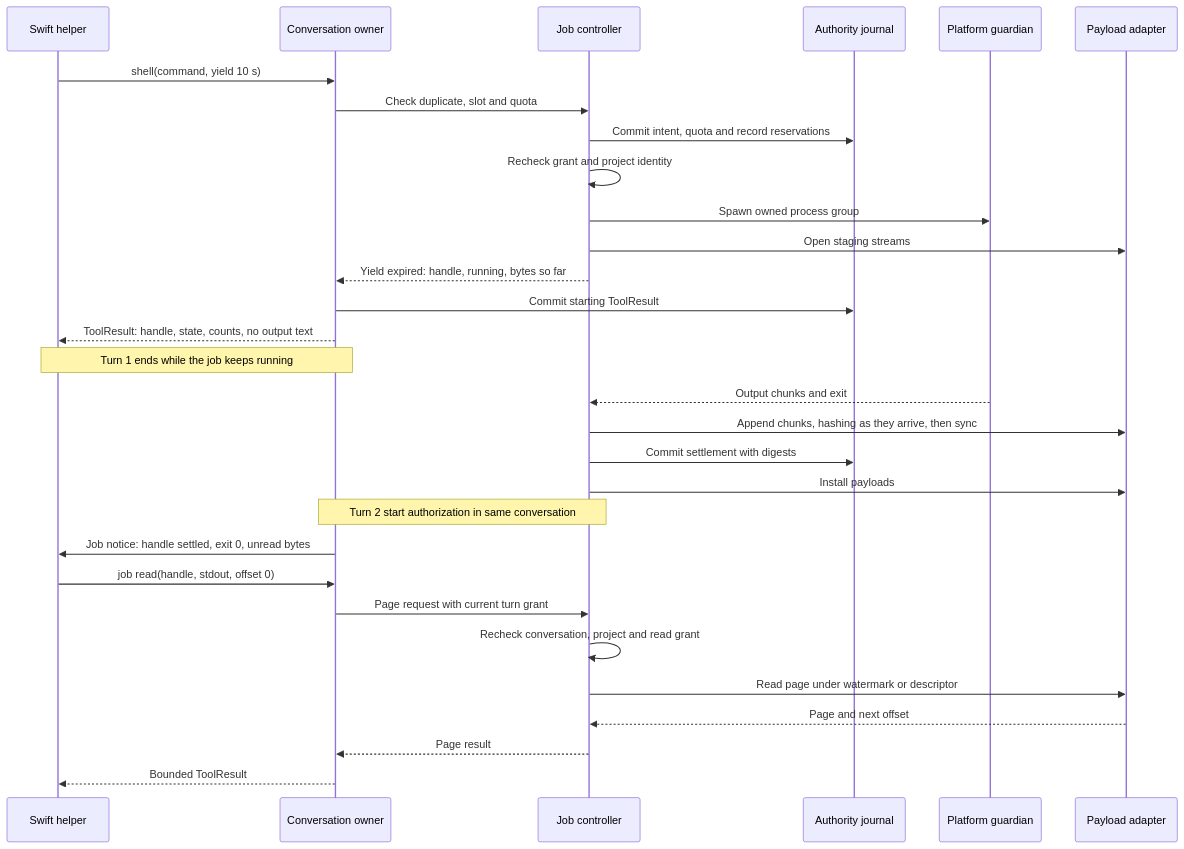
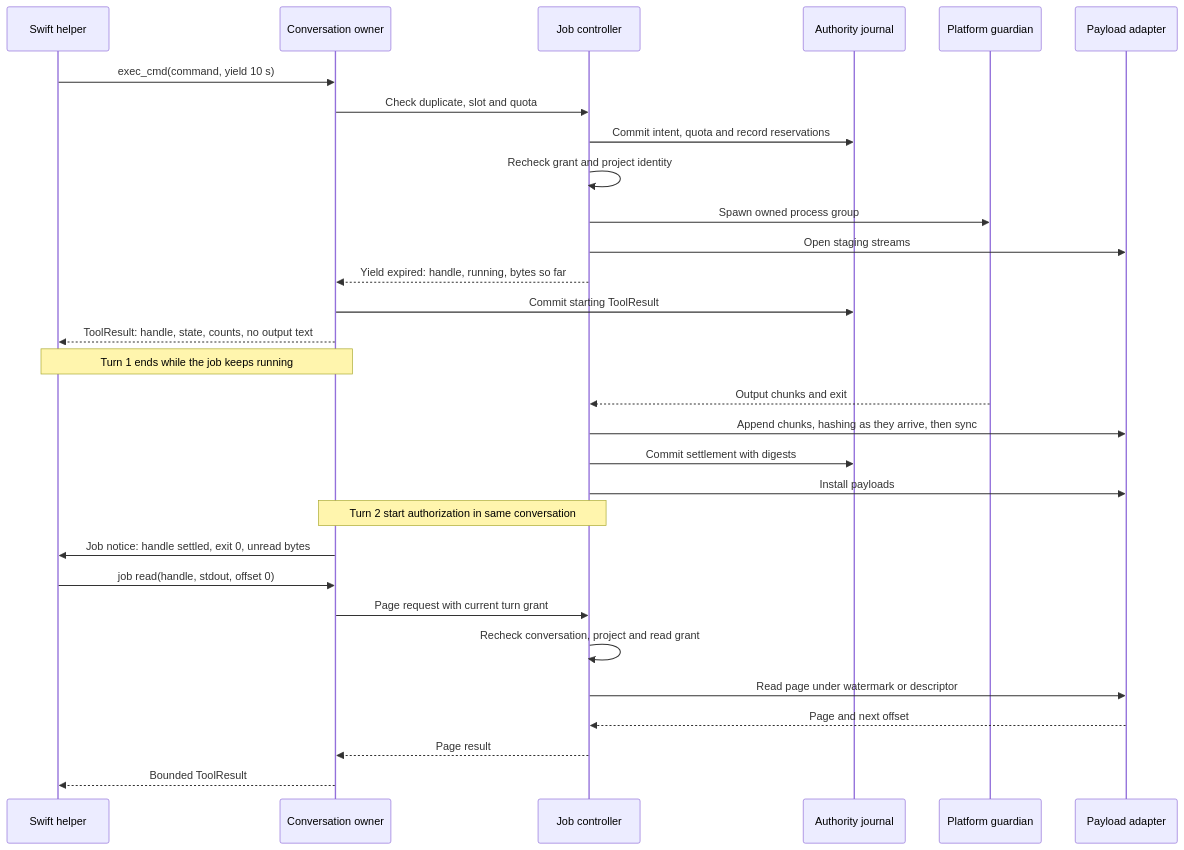
Before and after one commit to pidster/asura: the second of 8 diagrams in docs/designs/tool-job-controller.md, drawn with Mermaid. The commit also changed other lines of this file and 84 other files, not shown here.

````diff
--- a/docs/designs/tool-job-controller.md
+++ b/docs/designs/tool-job-controller.md
@@ -339,32 +339,32 @@
 ```mermaid
 sequenceDiagram
     participant M as Swift helper
     participant C as Conversation owner
     participant K as Job controller
     participant J as Authority journal
     participant G as Platform guardian
     participant S as Payload adapter
-    M->>C: shell(command, yield 10 s)
+    M->>C: exec_cmd(command, yield 10 s)
     C->>K: Check duplicate, slot and quota
     K->>J: Commit intent, quota and record reservations
     K->>K: Recheck grant and project identity
     K->>G: Spawn owned process group
     K->>S: Open staging streams
     K-->>C: Yield expired: handle, running, bytes so far
     C->>J: Commit starting ToolResult
     C-->>M: ToolResult: handle, state, counts, no output text
     Note over M,C: Turn 1 ends while the job keeps running
     G-->>K: Output chunks and exit
     K->>S: Append chunks, hashing as they arrive, then sync
     K->>J: Commit settlement with digests
     K->>S: Install payloads
     Note over C,K: Turn 2 start authorization in same conversation
     C->>M: Job notice: handle settled, exit 0, unread bytes
     M->>C: job read(handle, stdout, offset 0)
     C->>K: Page request with current turn grant
     K->>K: Recheck conversation, project and read grant
     K->>S: Read page under watermark or descriptor
     S-->>K: Page and next offset
     K-->>C: Page result
     C-->>M: Bounded ToolResult
 ```
````
